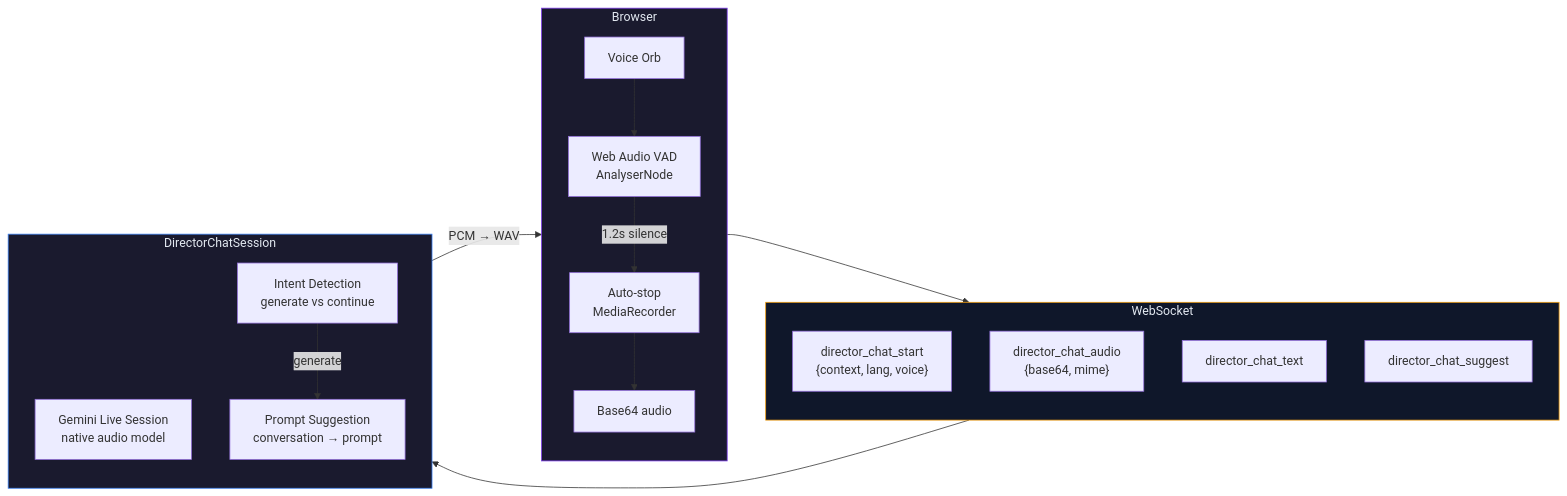
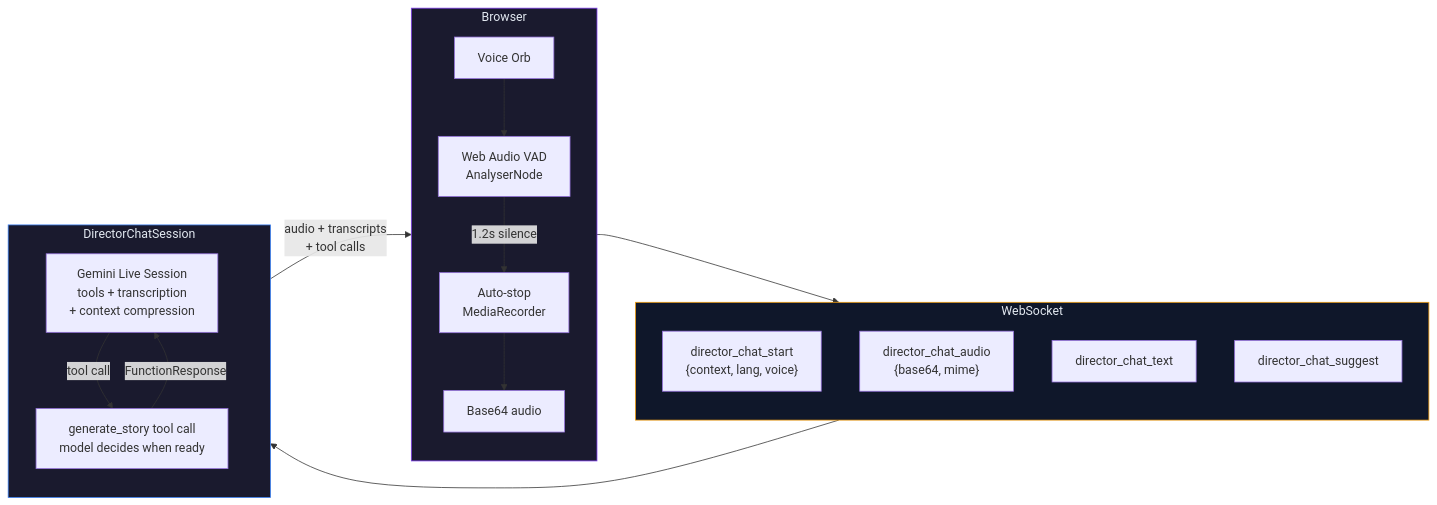
Before and after one commit to Dileep2896/reveria: the diagram in BLOG.md, drawn with Mermaid. The commit also changed other lines of this file and 3 other files, not shown here.

First line of the commit message:
Rewrite Director Chat to use native Gemini Live API features

````diff
--- a/BLOG.md
+++ b/BLOG.md
@@ -445,32 +445,32 @@
 ```mermaid
 flowchart LR
     subgraph Client["Browser"]
         direction TB
         Orb["Voice Orb"] --> VAD["Web Audio VAD<br/>AnalyserNode"]
         VAD -->|"1.2s silence"| Stop["Auto-stop<br/>MediaRecorder"]
         Stop --> B64["Base64 audio"]
     end
 
     subgraph WS["WebSocket"]
         direction TB
         M1["director_chat_start<br/>{context, lang, voice}"]
         M2["director_chat_audio<br/>{base64, mime}"]
         M3["director_chat_text"]
         M4["director_chat_suggest"]
     end
 
     subgraph Backend["DirectorChatSession"]
         direction TB
-        Live["Gemini Live Session<br/>native audio model"]
-        Intent["Intent Detection<br/>generate vs continue"]
-        Suggest["Prompt Suggestion<br/>conversation → prompt"]
+        Live["Gemini Live Session<br/>tools + transcription<br/>+ context compression"]
+        Tool["generate_story tool call<br/>model decides when ready"]
     end
 
     B64 --> M2 --> Live
-    Live -->|"PCM → WAV"| Client
-    Intent -->|"generate"| Suggest
+    Live -->|"audio + transcripts<br/>+ tool calls"| Client
+    Live -->|"tool call"| Tool
+    Tool -->|"FunctionResponse"| Live
 
     style Client fill:#1a1a2e,stroke:#7c3aed,color:#e2e8f0
     style WS fill:#0f172a,stroke:#f59e0b,color:#e2e8f0
     style Backend fill:#1a1a2e,stroke:#3b82f6,color:#e2e8f0
 ```
````
